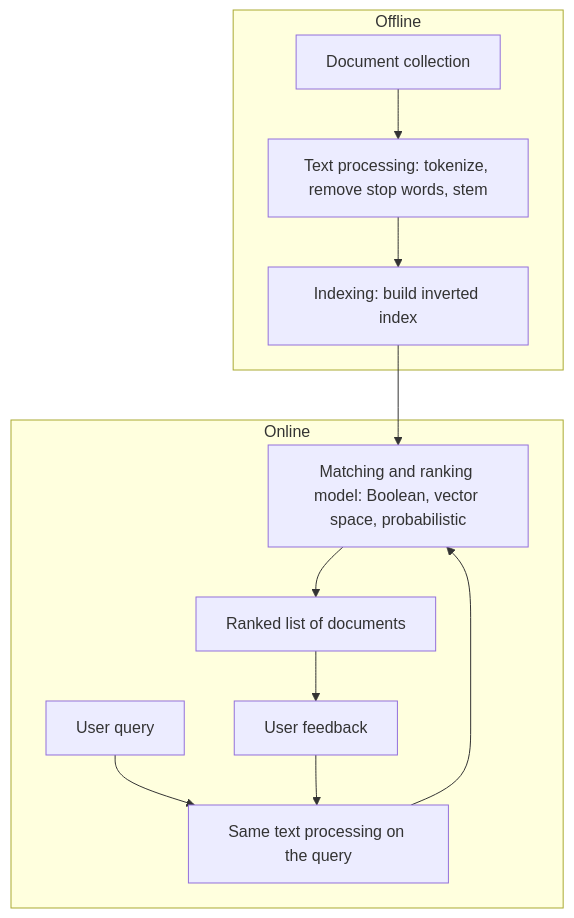
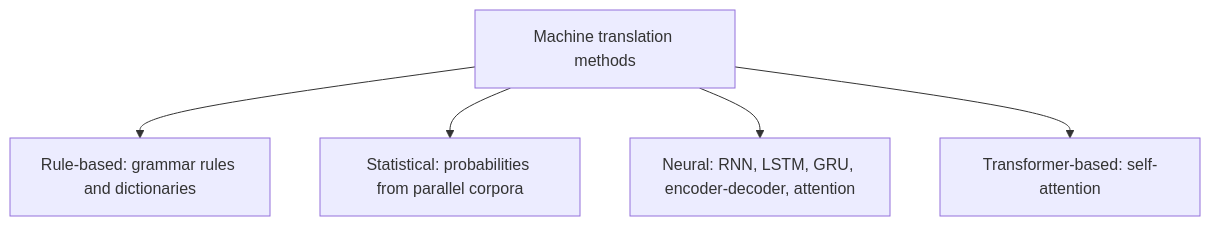
The third of 9 diagrams in content/natural-language-processing/notes/nlp-applications.mdx (TrendySloth1001/sem-seven-notes), drawn with Mermaid before and after one commit. The commit also changed other lines of this file and 406 other files, not shown here.

````diff
--- a/content/natural-language-processing/notes/nlp-applications.mdx
+++ b/content/natural-language-processing/notes/nlp-applications.mdx
@@ -311,16 +100,8 @@
 ```mermaid
-%% caption: An IR system has an offline part (build the index from the documents) and an online part (turn the query into the same form, match, rank and show results). Feedback from the user can improve the next search.
-flowchart TB
-  subgraph Offline
-    D["Document collection"] --> P1["Text processing: tokenize, remove stop words, stem"]
-    P1 --> I["Indexing: build inverted index"]
-  end
-  subgraph Online
-    U["User query"] --> P2["Same text processing on the query"]
-    P2 --> M["Matching and ranking model: Boolean, vector space, probabilistic"]
-    I --> M
-    M --> R["Ranked list of documents"]
-    R --> F["User feedback"]
-    F --> P2
-  end
+%% caption: The four methods of machine translation, from the oldest to the newest.
+flowchart TD
+  M["Machine translation methods"] --> R["Rule-based: grammar rules and dictionaries"]
+  M --> S["Statistical: probabilities from parallel corpora"]
+  M --> N["Neural: RNN, LSTM, GRU, encoder-decoder, attention"]
+  M --> T["Transformer-based: self-attention"]
 ```
````
